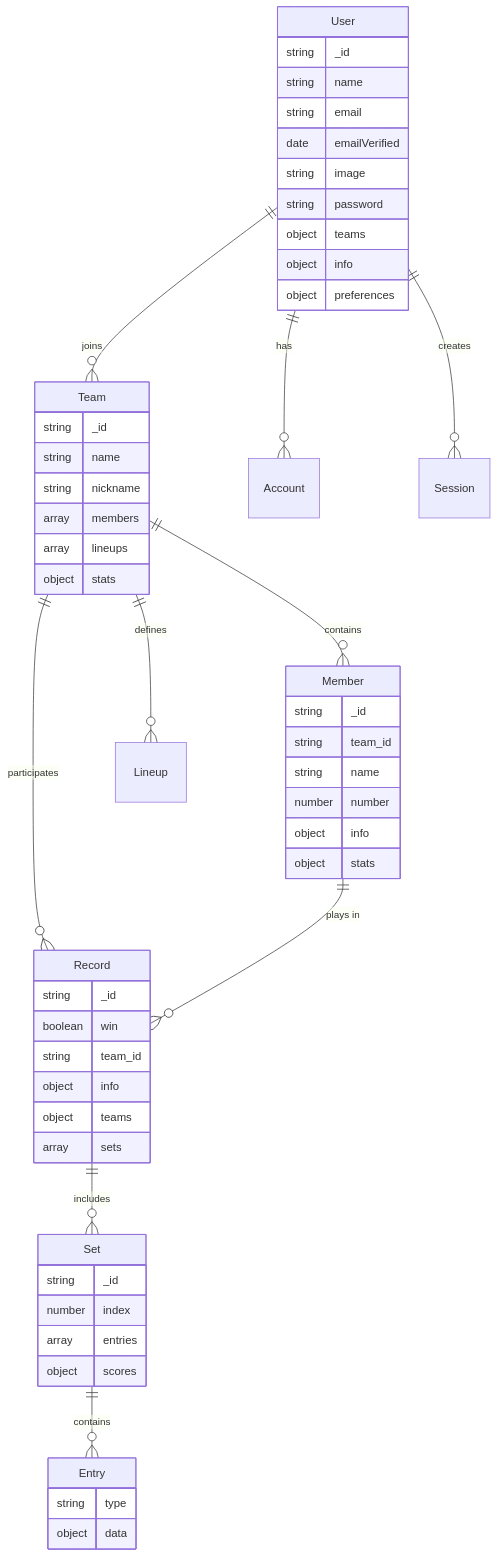
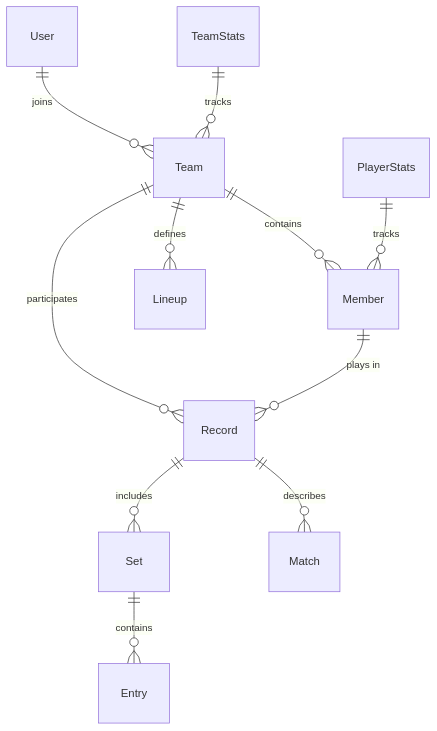
The first of 2 diagrams in docs/05_tw_data_model.md (andrewck24/volleybro), drawn with Mermaid before and after one commit. The commit also changed other lines of this file and 8 other files, not shown here.

````diff
--- a/docs/05_tw_data_model.md
+++ b/docs/05_tw_data_model.md
@@ -290,66 +322,13 @@
 ```mermaid
 erDiagram
     User ||--o{ Team : "joins"
-    User ||--o{ Account : "has"
-    User ||--o{ Session : "creates"
-
     Team ||--o{ Member : "contains"
     Team ||--o{ Lineup : "defines"
     Team ||--o{ Record : "participates"
-
     Member ||--o{ Record : "plays in"
-
     Record ||--o{ Set : "includes"
+    Record ||--o{ Match : "describes"
     Set ||--o{ Entry : "contains"
-
-    Entry {
-        string type
-        object data
-    }
-
-    User {
-        string _id
-        string name
-        string email
-        date emailVerified
-        string image
-        string password
-        object teams
-        object info
-        object preferences
-    }
-
-    Team {
-        string _id
-        string name
-        string nickname
-        array members
-        array lineups
-        object stats
-    }
-
-    Member {
-        string _id
-        string team_id
-        string name
-        number number
-        object info
-        object stats
-    }
-
-    Record {
-        string _id
-        boolean win
-        string team_id
-        object info
-        object teams
-        array sets
-    }
-
-    Set {
-        string _id
-        number index
-        array entries
-        object scores
-    }
+    PlayerStats ||--o{ Member : "tracks"
+    TeamStats ||--o{ Team : "tracks"
 ```
````
